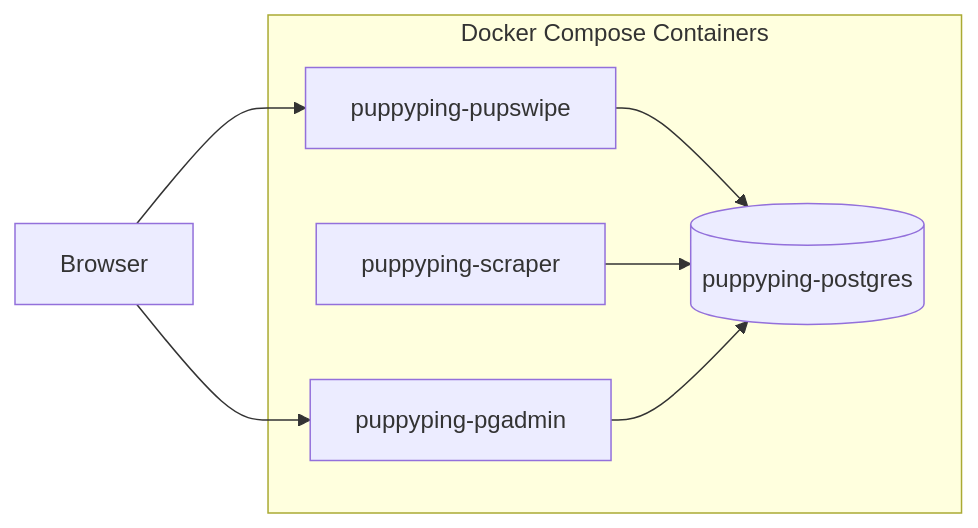
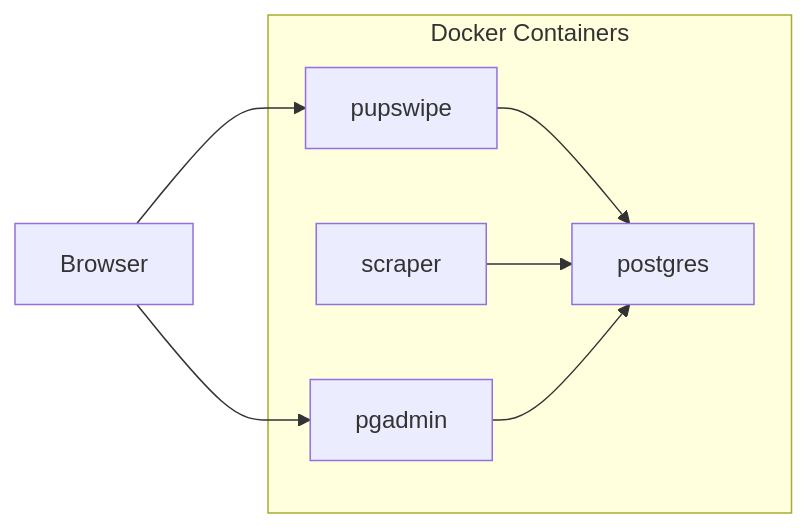
The first of 2 diagrams in README.md (badbayesian/puppy_ping), drawn with Mermaid before and after one commit. The commit also changed 1 other file, not shown here.

Commit message:
docs: ERD and flowchart fixes

````diff
--- a/README.md
+++ b/README.md
@@ -37,17 +37,17 @@
 ```mermaid
 flowchart LR
   U[Browser]
 
-  subgraph Stack[Docker Compose Containers]
-    PS[puppyping-pupswipe]
-    SC[puppyping-scraper]
-    PG[(puppyping-postgres)]
-    PA[puppyping-pgadmin]
+  subgraph Stack[Docker Containers]
+    PS[pupswipe]
+    SC[scraper]
+    PG[postgres]
+    PA[pgadmin]
   end
 
   U --> PS
   U --> PA
   PS --> PG
   SC --> PG
   PA --> PG
 ```
````
